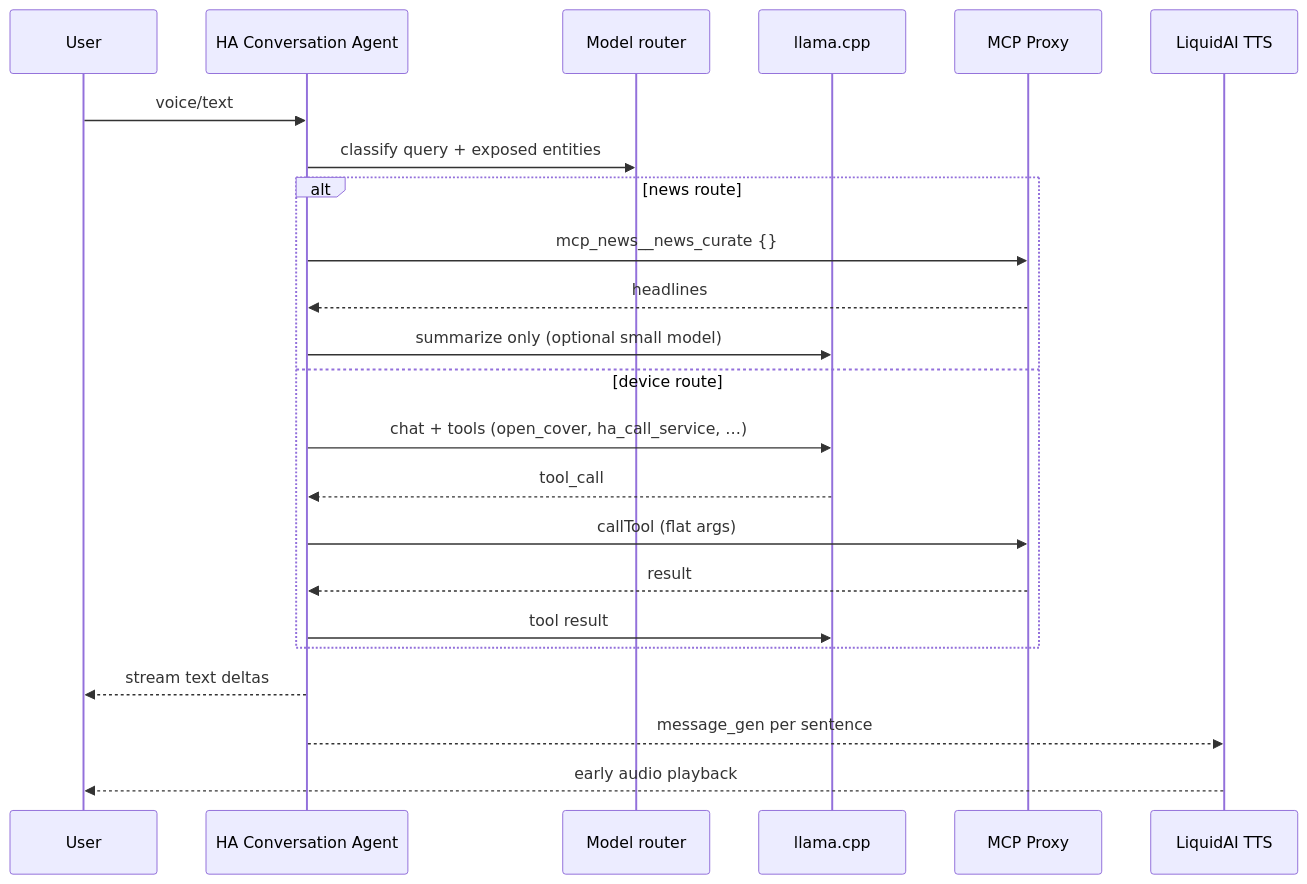
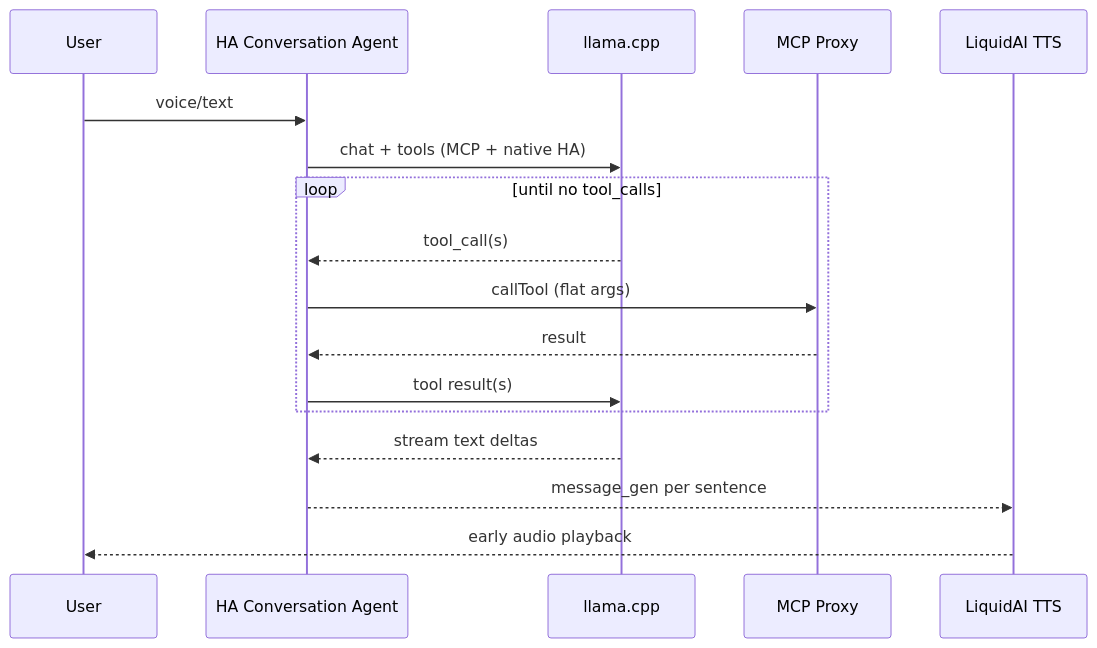
One commit to holger81/ha_liquidai changed the second of 2 diagrams in PLAN.md. Above: the diagram before and after it, drawn with Mermaid. The commit also changed other lines of this file, not shown here.

First line of the commit message:
Revise Phase 4–6 plan for model-driven tools and UI-only backend config.

````diff
--- a/PLAN.md
+++ b/PLAN.md
@@ -64,26 +54,20 @@
 ```mermaid
 sequenceDiagram
   participant User
   participant HA as HA Conversation Agent
-  participant Router as Model router
   participant LLM as llama.cpp
   participant MCP as MCP Proxy
   participant TTS as LiquidAI TTS
 
   User->>HA: voice/text
-  HA->>Router: classify query + exposed entities
-  alt news route
-    HA->>MCP: mcp_news__news_curate {}
-    MCP-->>HA: headlines
-    HA->>LLM: summarize only (optional small model)
-  else device route
-    HA->>LLM: chat + tools (open_cover, ha_call_service, …)
-    LLM-->>HA: tool_call
+  HA->>LLM: chat + tools (MCP + native HA)
+  loop until no tool_calls
+    LLM-->>HA: tool_call(s)
     HA->>MCP: callTool (flat args)
     MCP-->>HA: result
-    HA->>LLM: tool result
+    HA->>LLM: tool result(s)
   end
-  HA-->>User: stream text deltas
+  LLM-->>HA: stream text deltas
   HA-->>TTS: message_gen per sentence
   TTS-->>User: early audio playback
 ```
````
